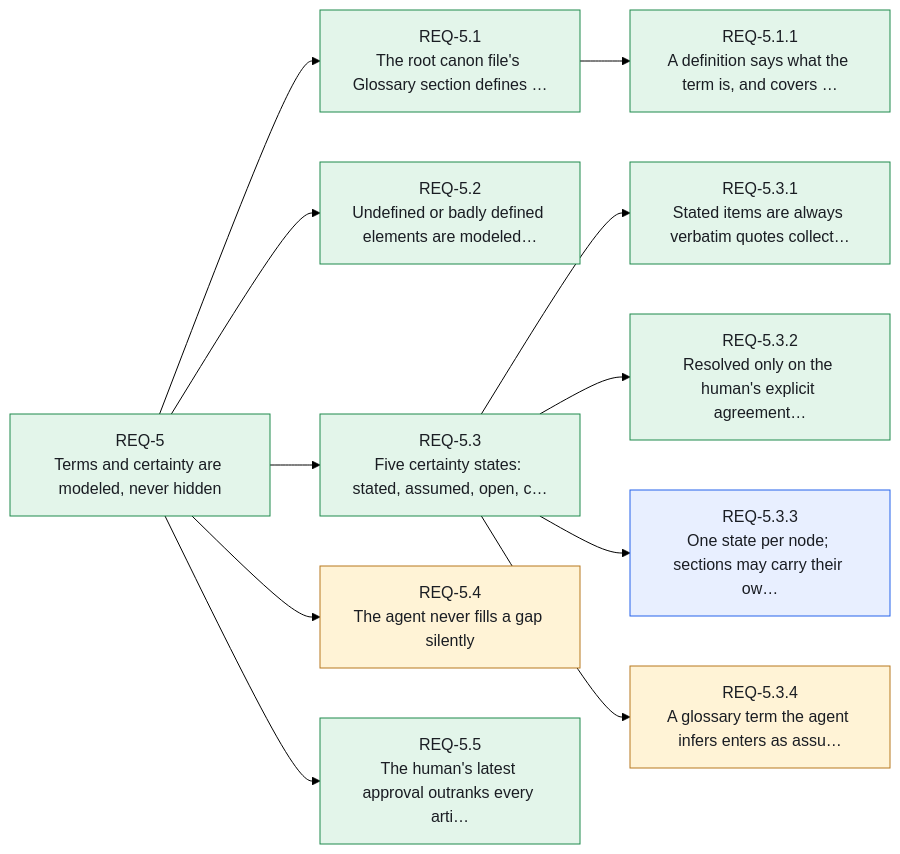
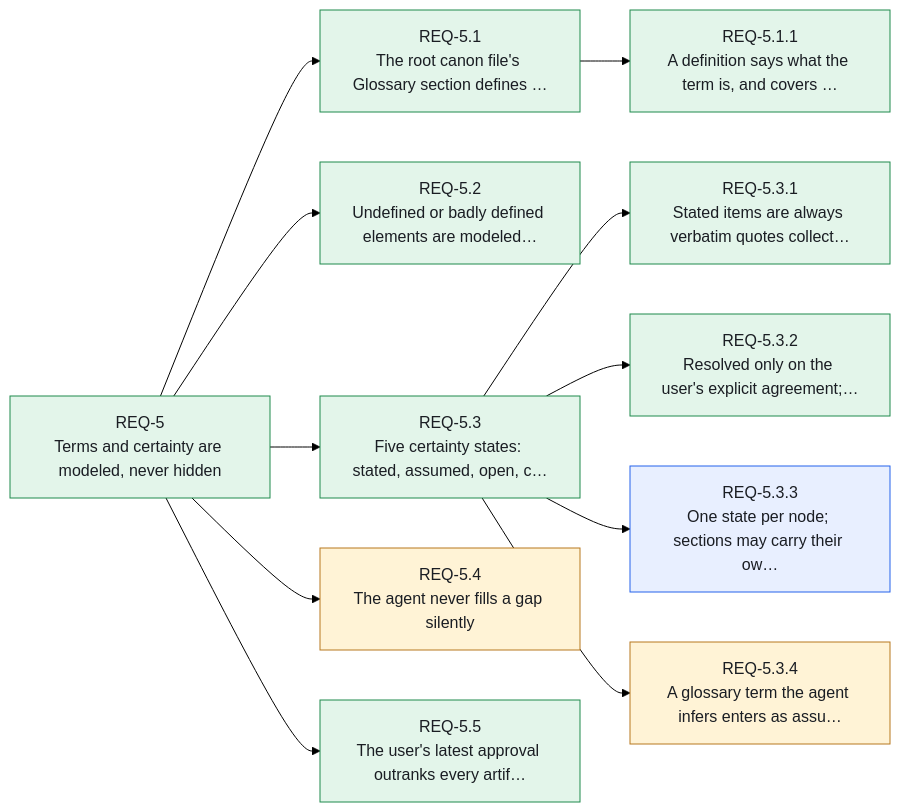
The sixth of 14 diagrams in canon/INDEX.md (Althis/headcanon), drawn with Mermaid (forest theme) before and after one commit. The commit also changed other lines of this file and 157 other files, not shown here.

````diff
--- a/canon/INDEX.md
+++ b/canon/INDEX.md
@@ -337,29 +337,29 @@
 ```mermaid
 flowchart LR
     REQ_5["REQ-5<br/>Terms and certainty are modeled, never hidden"]:::stated
     REQ_5_1["REQ-5.1<br/>The root canon file's Glossary section defines …"]:::stated
     REQ_5_1_1["REQ-5.1.1<br/>A definition says what the term is, and covers …"]:::stated
     REQ_5_2["REQ-5.2<br/>Undefined or badly defined elements are modeled…"]:::stated
     REQ_5_3["REQ-5.3<br/>Five certainty states: stated, assumed, open, c…"]:::stated
     REQ_5_3_1["REQ-5.3.1<br/>Stated items are always verbatim quotes collect…"]:::stated
-    REQ_5_3_2["REQ-5.3.2<br/>Resolved only on the human's explicit agreement…"]:::stated
+    REQ_5_3_2["REQ-5.3.2<br/>Resolved only on the user's explicit agreement;…"]:::stated
     REQ_5_3_3["REQ-5.3.3<br/>One state per node; sections may carry their ow…"]:::resolved
     REQ_5_3_4["REQ-5.3.4<br/>A glossary term the agent infers enters as assu…"]:::assumed
     REQ_5_4["REQ-5.4<br/>The agent never fills a gap silently"]:::assumed
-    REQ_5_5["REQ-5.5<br/>The human's latest approval outranks every arti…"]:::stated
+    REQ_5_5["REQ-5.5<br/>The user's latest approval outranks every artif…"]:::stated
     REQ_5 --> REQ_5_1
     REQ_5_1 --> REQ_5_1_1
     REQ_5 --> REQ_5_2
     REQ_5 --> REQ_5_3
     REQ_5_3 --> REQ_5_3_1
     REQ_5_3 --> REQ_5_3_2
     REQ_5_3 --> REQ_5_3_3
     REQ_5_3 --> REQ_5_3_4
     REQ_5 --> REQ_5_4
     REQ_5 --> REQ_5_5
     classDef stated fill:#e3f5ea,stroke:#1f8a4c,color:#1a1d23
     classDef resolved fill:#e8efff,stroke:#2563eb,color:#1a1d23
     classDef assumed fill:#fff3d6,stroke:#b7791f,color:#1a1d23
     classDef draft fill:#ece9fb,stroke:#6b5bd2,color:#1a1d23
     classDef contested fill:#fde7e8,stroke:#d13438,color:#1a1d23
 ```
````
